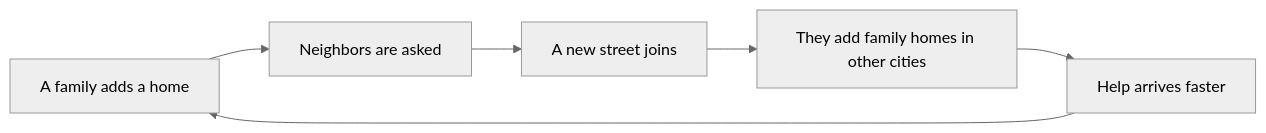
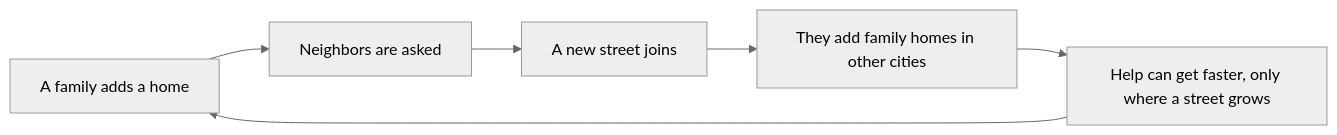
One commit to WangPantopus/skinny-pantopus changed the third of 5 diagrams in docs/product/porchlight-product-design-2026-09-26.md. Above: the diagram before and after it, drawn with Mermaid (neutral theme). The commit also changed other lines of this file and 1 other file, not shown here.

````diff
--- a/docs/product/porchlight-product-design-2026-09-26.md
+++ b/docs/product/porchlight-product-design-2026-09-26.md
@@ -578,8 +605,8 @@
 ```mermaid
 flowchart LR
   A[A family adds a home] --> B[Neighbors are asked]
   B --> C[A new street joins]
   C --> D[They add family homes in other cities]
-  D --> E[Help arrives faster]
+  D --> E[Help can get faster, only where a street grows]
   E --> A
 ```
````
